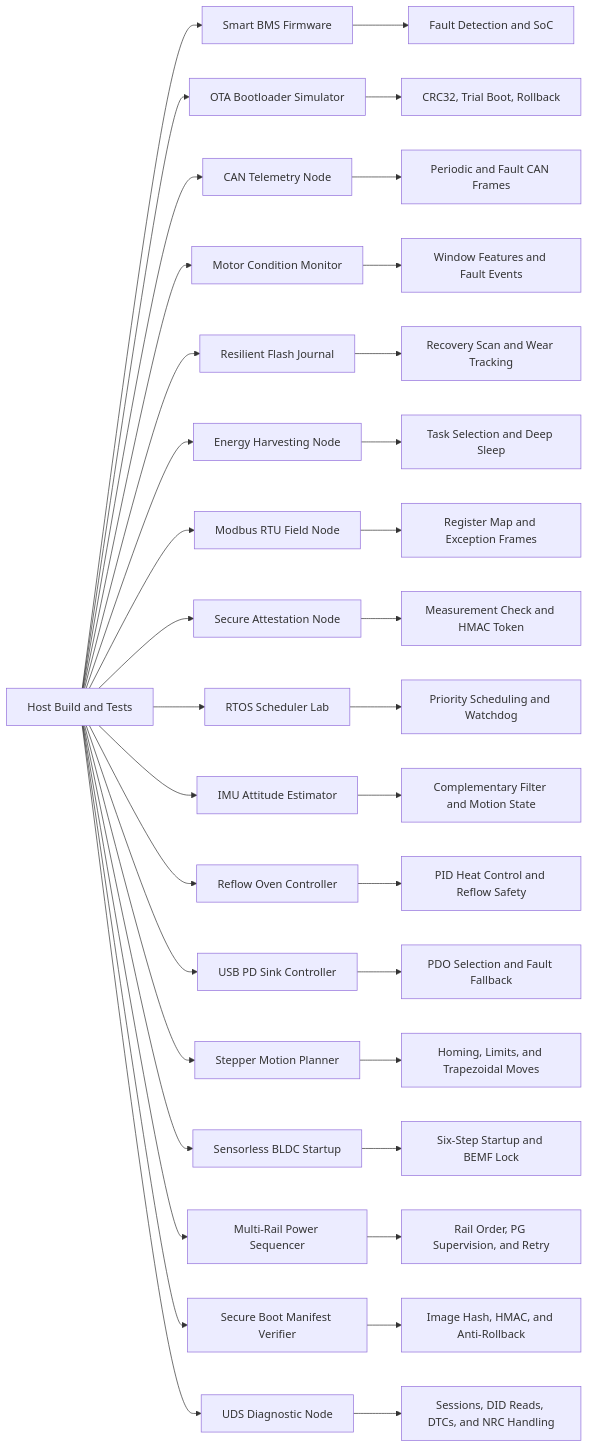
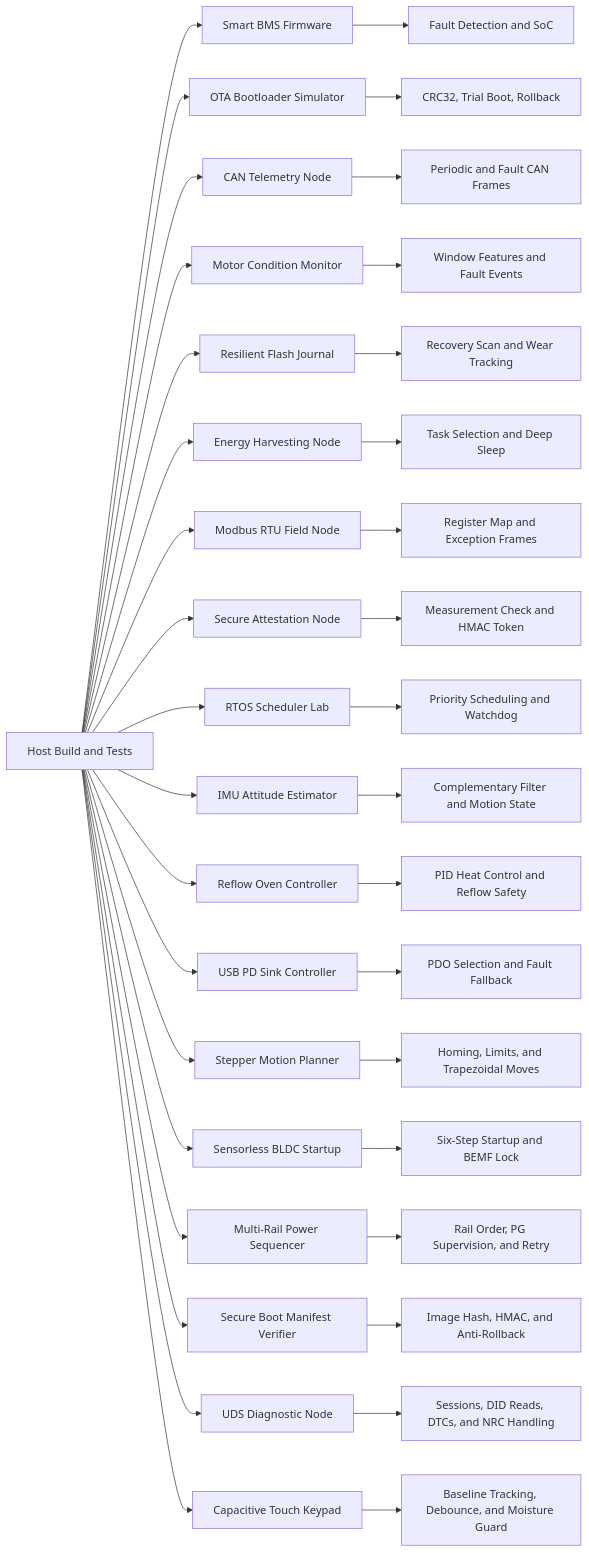
One commit to akifitu/embedded-systems-collection changed the diagram in README.md. Above: the diagram before and after it, drawn with Mermaid. The commit also changed other lines of this file and 14 other files, not shown here.

Commit message:
Add capacitive touch keypad controller project

````diff
--- a/README.md
+++ b/README.md
@@ -35,37 +36,39 @@
 ```mermaid
 flowchart LR
     Host[Host Build and Tests] --> BMS[Smart BMS Firmware]
     Host --> OTA[OTA Bootloader Simulator]
     Host --> CAN[CAN Telemetry Node]
     Host --> MCM[Motor Condition Monitor]
     Host --> RFJ[Resilient Flash Journal]
     Host --> EHN[Energy Harvesting Node]
     Host --> MB[Modbus RTU Field Node]
     Host --> SAN[Secure Attestation Node]
     Host --> RTOS[RTOS Scheduler Lab]
     Host --> IMU[IMU Attitude Estimator]
     Host --> RO[Reflow Oven Controller]
     Host --> PD[USB PD Sink Controller]
     Host --> SMP[Stepper Motion Planner]
     Host --> BLDC[Sensorless BLDC Startup]
     Host --> PSEQ[Multi-Rail Power Sequencer]
     Host --> SBV[Secure Boot Manifest Verifier]
     Host --> UDS[UDS Diagnostic Node]
+    Host --> TOUCH[Capacitive Touch Keypad]
     BMS --> Safety[Fault Detection and SoC]
     OTA --> Reliability[CRC32, Trial Boot, Rollback]
     CAN --> VehicleBus[Periodic and Fault CAN Frames]
     MCM --> Predictive[Window Features and Fault Events]
     RFJ --> Persistence[Recovery Scan and Wear Tracking]
     EHN --> Power[Task Selection and Deep Sleep]
     MB --> Industrial[Register Map and Exception Frames]
     SAN --> Trust[Measurement Check and HMAC Token]
     RTOS --> Timing[Priority Scheduling and Watchdog]
     IMU --> Fusion[Complementary Filter and Motion State]
     RO --> Thermal[PID Heat Control and Reflow Safety]
     PD --> Negotiation[PDO Selection and Fault Fallback]
     SMP --> Motion[Homing, Limits, and Trapezoidal Moves]
     BLDC --> Drive[Six-Step Startup and BEMF Lock]
     PSEQ --> BoardPower[Rail Order, PG Supervision, and Retry]
     SBV --> Chain[Image Hash, HMAC, and Anti-Rollback]
     UDS --> Diag[Sessions, DID Reads, DTCs, and NRC Handling]
+    TOUCH --> HMI[Baseline Tracking, Debounce, and Moisture Guard]
 ```
````
